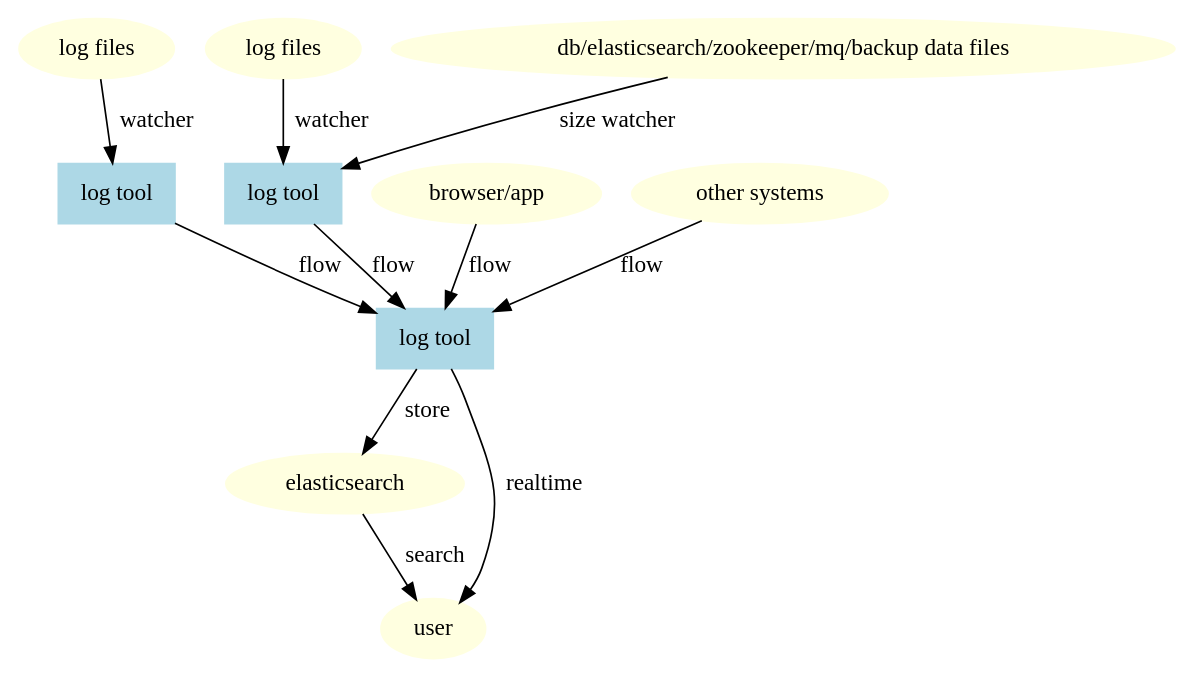
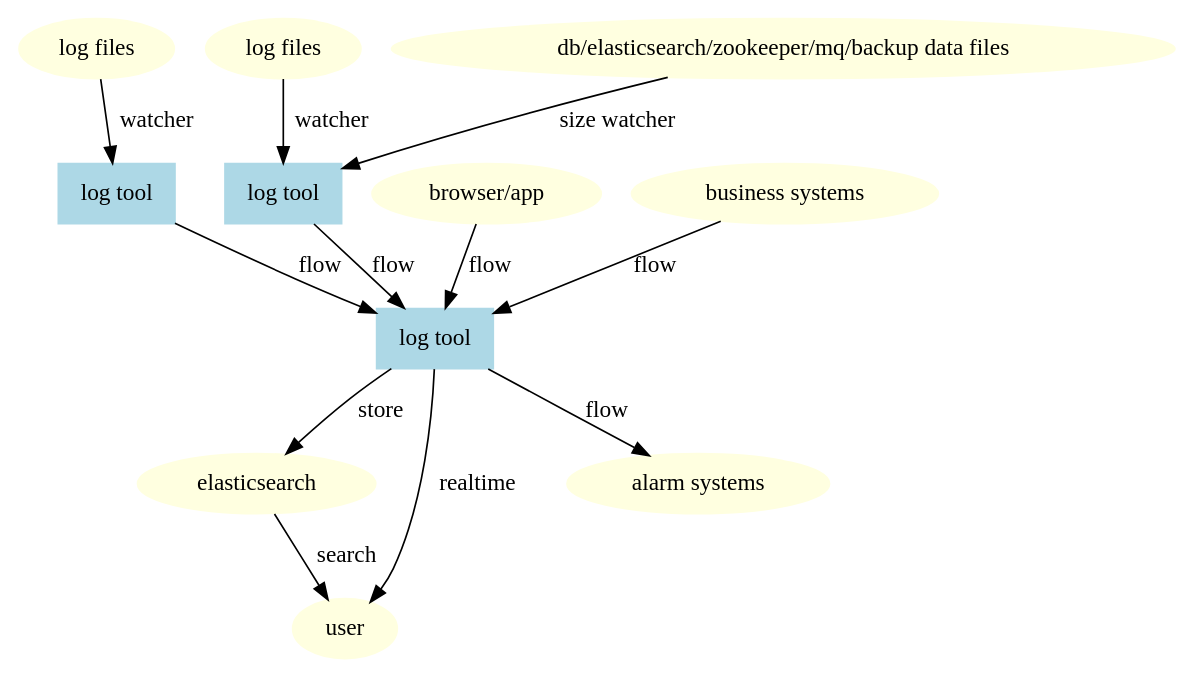
Before and after one commit to plantain-00/log-tool: the diagram in architecture.dot, drawn with Graphviz. The commit also changed 1 other file, not shown here.

Commit message:
update architecture

```diff
--- a/architecture.dot
+++ b/architecture.dot
@@ -1,23 +1,25 @@
 digraph architecture {
     log_files_1 -> log_tool_1 [label="watcher"]
     log_files_2 -> log_tool_2 [label="watcher"]
     size_data_files -> log_tool_2 [label="size watcher"]
     log_tool_1 -> log_tool_0 [label="flow"]
     log_tool_2 -> log_tool_0 [label="flow"]
     front_end -> log_tool_0 [label="flow"]
-    other_systems -> log_tool_0 [label="flow"]
+    business_systems -> log_tool_0 [label="flow"]
     log_tool_0 -> elasticsearch [label="store"]
     log_tool_0 -> user [label="realtime"]
     elasticsearch -> user [label="search"]
+    log_tool_0 -> alarm_system [label="flow"]
 
     log_files_1[color = lightyellow, label = "log files", style = filled]
     log_files_2[color = lightyellow, label = "log files", style = filled]
     size_data_files[color = lightyellow, label = "db/elasticsearch/zookeeper/mq/backup data files", style = filled]
     elasticsearch[color = lightyellow, style = filled]
     user[color = lightyellow, style = filled]
-    other_systems[color = lightyellow, label = "other systems", style = filled]
+    business_systems[color = lightyellow, label = "business systems", style = filled]
     front_end[color = lightyellow, label = "browser/app", style = filled]
     log_tool_1[shape = box, color = lightblue, label = "log tool", style = filled]
     log_tool_2[shape = box, color = lightblue, label = "log tool", style = filled]
     log_tool_0[shape = box, color = lightblue, label = "log tool", style = filled]
+    alarm_system[color = lightyellow, label = "alarm systems", style = filled]
 }
```
